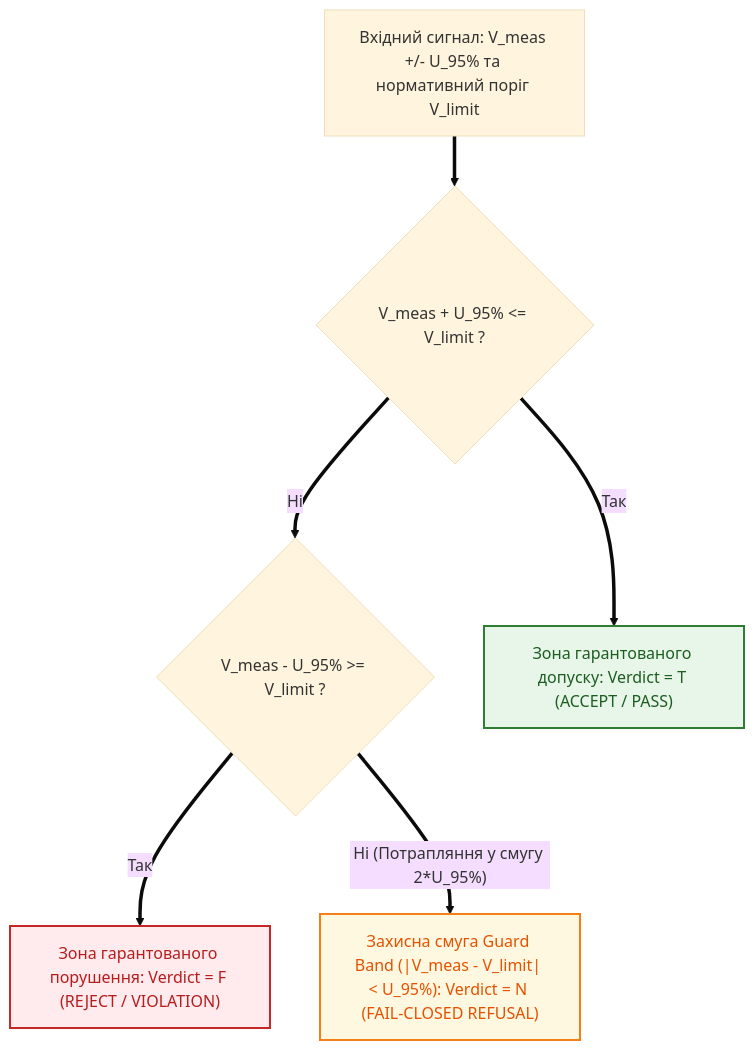
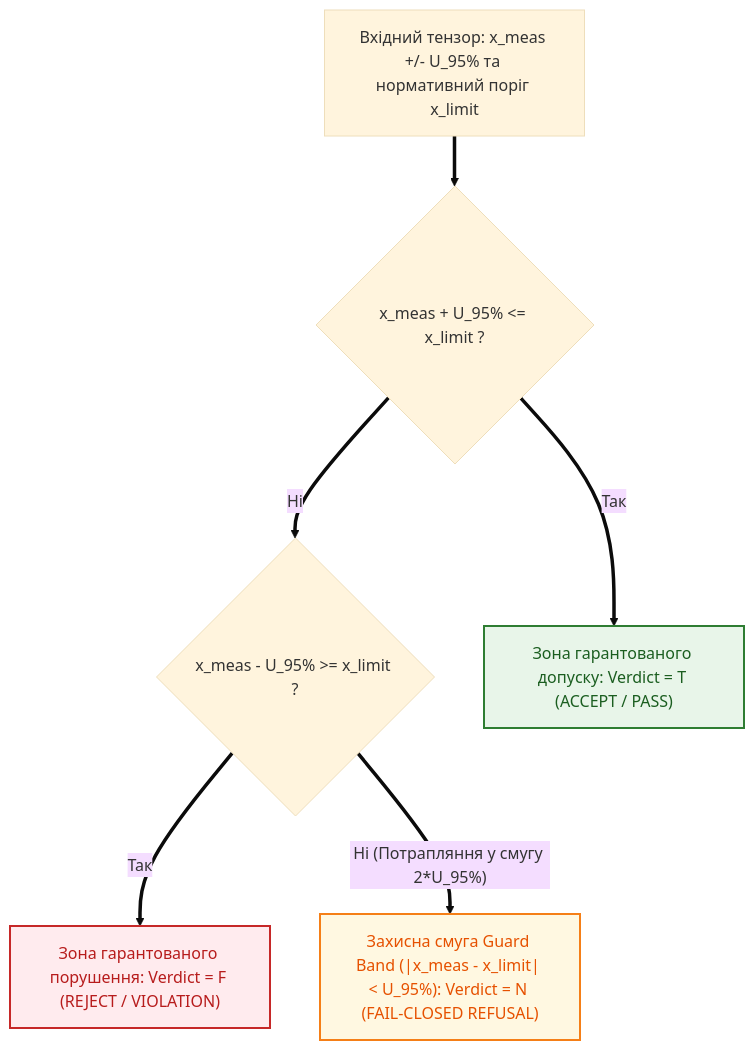
The third of 3 diagrams in Epistemic_Circuit_Theory/ch08-operational-units-adders-multipliers-comparators.md (nick-fedchik/articles), drawn with Mermaid (base theme) before and after one commit. The commit also changed other lines of this file and 10 other files, not shown here.

````diff
--- a/Epistemic_Circuit_Theory/ch08-operational-units-adders-multipliers-comparators.md
+++ b/Epistemic_Circuit_Theory/ch08-operational-units-adders-multipliers-comparators.md
@@ -174,25 +172,25 @@
 ```mermaid
 flowchart TD
-    accTitle: Зони прийняття рішень Епістемічного Компаратора з захисною смугою ISO 14253-1
+    accTitle: Рисунок 8.3. Зони прийняття рішень інтервального компаратора із захисною смугою ISO 14253-1
     accDescr: Розподіл діапазону вимірюваної величини на зону гарантованого допуску (T), захисну смугу невизначеності Guard Band (N) та зону гарантованого порушення (F).
 
-    Input["Вхідний сигнал: V_meas +/- U_95% та нормативний поріг V_limit"]
-    CheckPass{"V_meas + U_95% <= V_limit ?"}
-    CheckFail{"V_meas - U_95% >= V_limit ?"}
+    Input["Вхідний тензор: x_meas +/- U_95% та нормативний поріг x_limit"]
+    CheckPass{"x_meas + U_95% <= x_limit ?"}
+    CheckFail{"x_meas - U_95% >= x_limit ?"}
     ZoneT["Зона гарантованого допуску: Verdict = T (ACCEPT / PASS)"]
     ZoneF["Зона гарантованого порушення: Verdict = F (REJECT / VIOLATION)"]
-    ZoneN["Захисна смуга Guard Band (|V_meas - V_limit| < U_95%): Verdict = N (FAIL-CLOSED REFUSAL)"]
+    ZoneN["Захисна смуга Guard Band (|x_meas - x_limit| < U_95%): Verdict = N (FAIL-CLOSED REFUSAL)"]
 
     Input ==> CheckPass
     CheckPass ==>|"Так"| ZoneT
     CheckPass ==>|"Ні"| CheckFail
     CheckFail ==>|"Так"| ZoneF
     CheckFail ==>|"Ні (Потрапляння у смугу 2*U_95%)"| ZoneN
 
     classDef pass fill:#e8f5e9,stroke:#2e7d32,stroke-width:2px,color:#1b5e20;
     classDef fail fill:#ffebee,stroke:#c62828,stroke-width:2px,color:#b71c1c;
     classDef guard fill:#fff8e1,stroke:#f57f17,stroke-width:2px,color:#e65100;
     class ZoneT pass;
     class ZoneF fail;
     class ZoneN guard;
 ```
````
